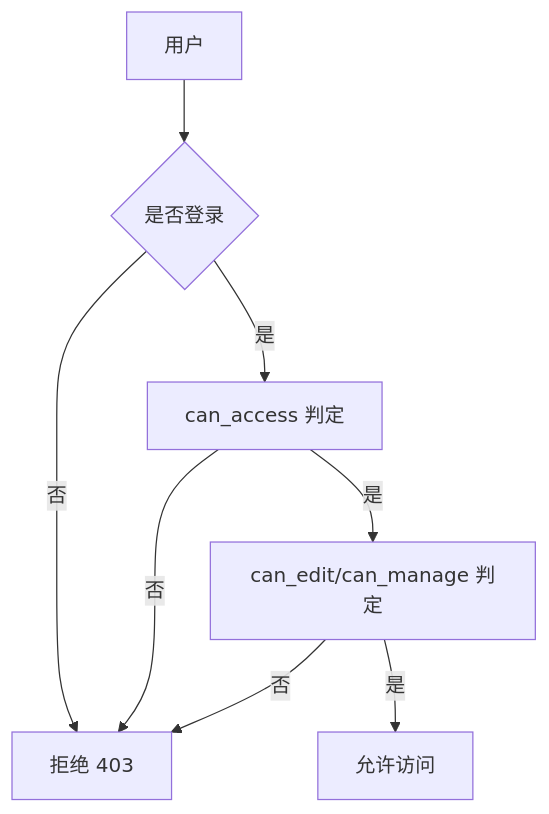
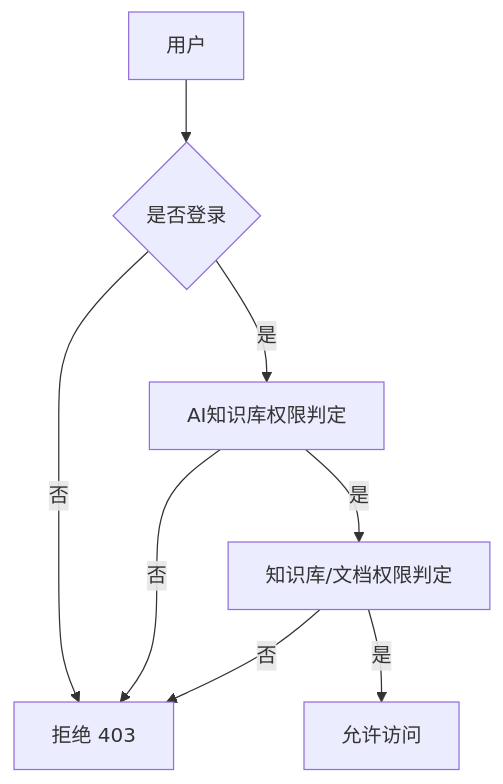
One commit to beyondalbert/my_wiki changed the fourth of 5 diagrams in .qoder/repowiki/zh/content/核心模块/AI知识库模块/AI知识库蓝图路由.md. Above: the diagram before and after it, drawn with Mermaid. The commit also changed other lines of this file and 10 other files, not shown here.

````diff
--- a/.qoder/repowiki/zh/content/核心模块/AI知识库模块/AI知识库蓝图路由.md
+++ b/.qoder/repowiki/zh/content/核心模块/AI知识库模块/AI知识库蓝图路由.md
@@ -290,10 +269,10 @@
 ```mermaid
 flowchart TD
 U["用户"] --> V{"是否登录"}
 V --> |否| D403["拒绝 403"]
-V --> |是| A["can_access 判定"]
+V --> |是| A["AI知识库权限判定"]
 A --> |否| D403
-A --> |是| E["can_edit/can_manage 判定"]
+A --> |是| E["知识库/文档权限判定"]
 E --> |否| D403
 E --> |是| OK["允许访问"]
 ```
````
